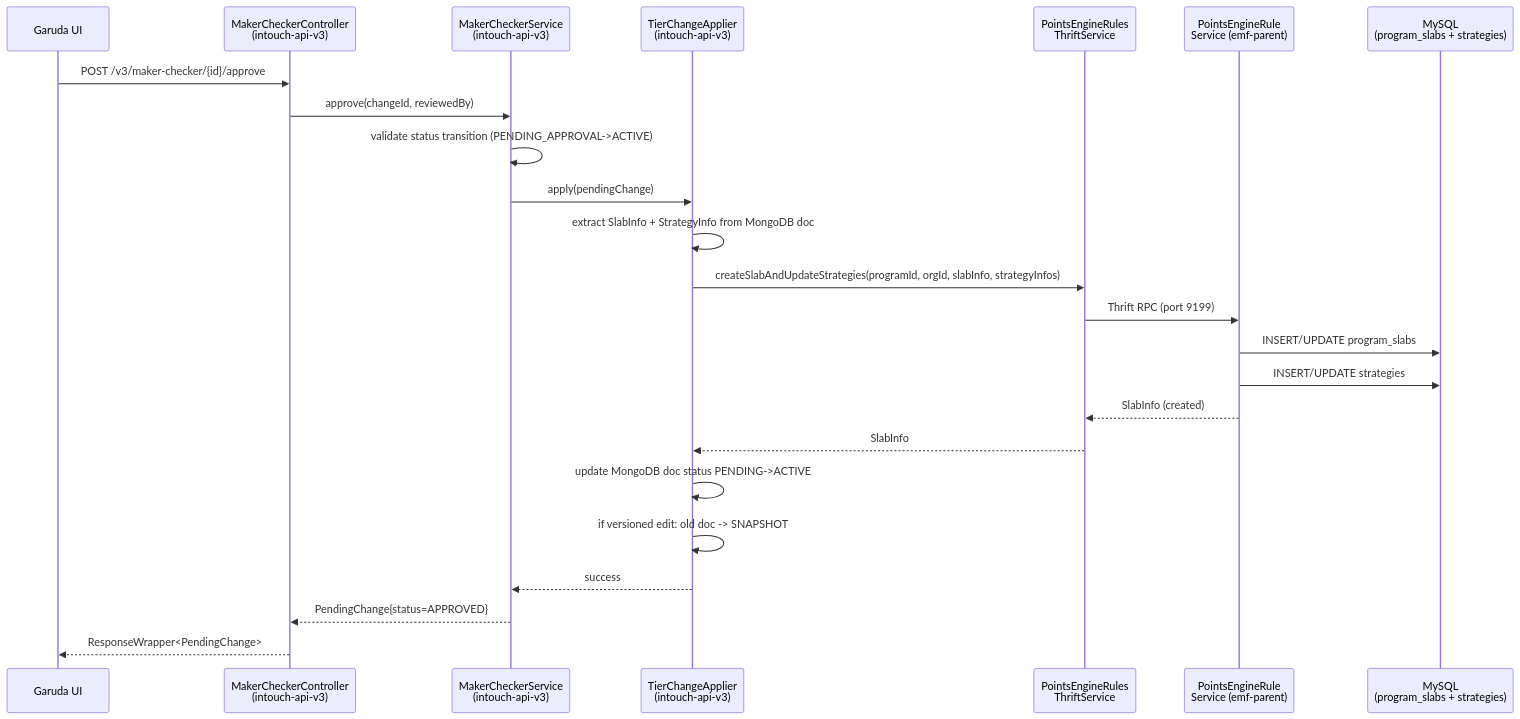
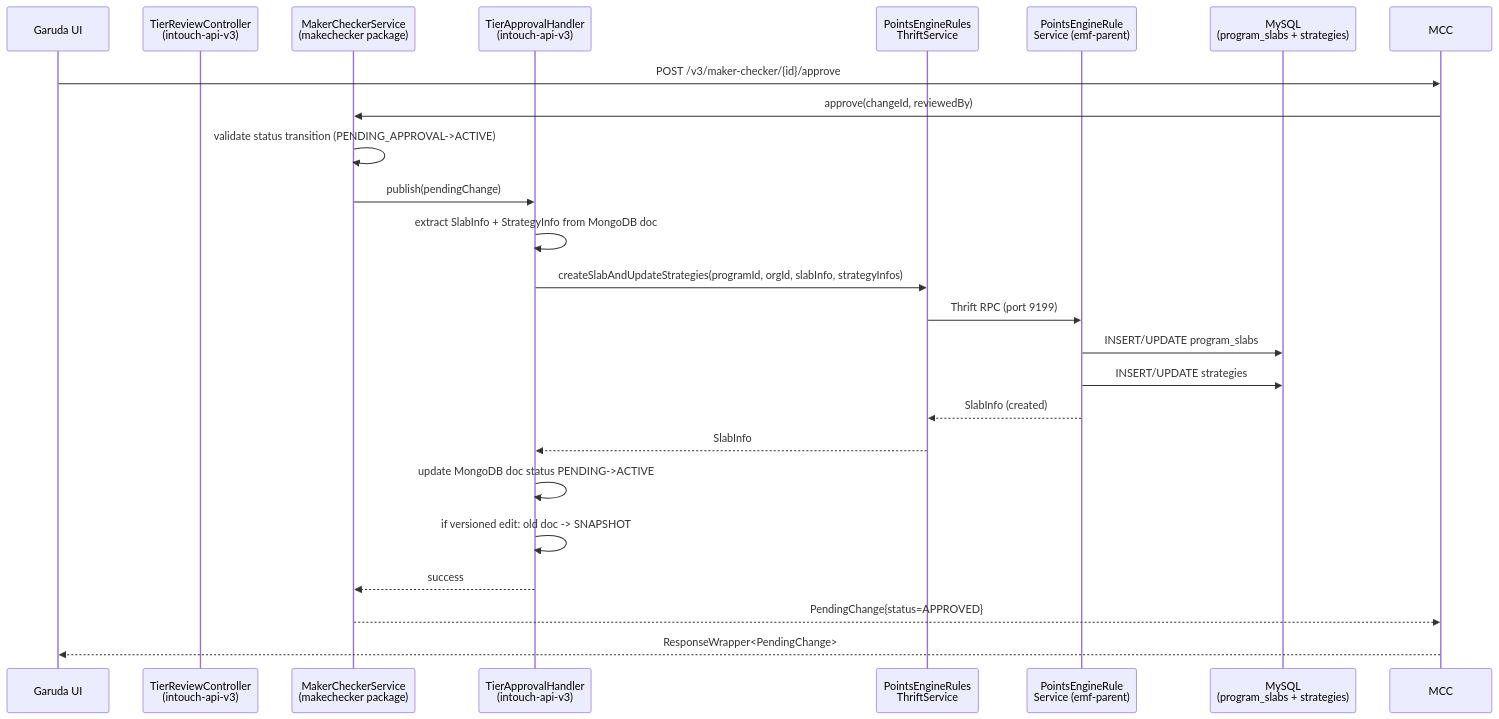
The second of 5 diagrams in docs/pipeline/tier/cross-repo-trace.md (BaljeetSinghCapillaryTech/kalpavriksha), drawn with Mermaid before and after one commit. The commit also changed other lines of this file and 24 other files, not shown here.

First line of the commit message:
raidlc/ai_tier: Update all pipeline artifacts for makerchecker→makechecker migration

````diff
--- a/docs/pipeline/tier/cross-repo-trace.md
+++ b/docs/pipeline/tier/cross-repo-trace.md
@@ -37,27 +37,27 @@
 ```mermaid
 sequenceDiagram
     participant UI as Garuda UI
-    participant MCC as MakerCheckerController<br/>(intouch-api-v3)
-    participant MCS as MakerCheckerService<br/>(intouch-api-v3)
-    participant TCA as TierChangeApplier<br/>(intouch-api-v3)
+    participant TRC as TierReviewController<br/>(intouch-api-v3)
+    participant MCS as MakerCheckerService<br/>(makechecker package)
+    participant TAH as TierApprovalHandler<br/>(intouch-api-v3)
     participant PERTS as PointsEngineRules<br/>ThriftService
     participant EMF as PointsEngineRule<br/>Service (emf-parent)
     participant DB as MySQL<br/>(program_slabs + strategies)
     
     UI->>MCC: POST /v3/maker-checker/{id}/approve
     MCC->>MCS: approve(changeId, reviewedBy)
     MCS->>MCS: validate status transition (PENDING_APPROVAL->ACTIVE)
-    MCS->>TCA: apply(pendingChange)
-    TCA->>TCA: extract SlabInfo + StrategyInfo from MongoDB doc
-    TCA->>PERTS: createSlabAndUpdateStrategies(programId, orgId, slabInfo, strategyInfos)
+    MCS->>TAH: publish(pendingChange)
+    TAH->>TAH: extract SlabInfo + StrategyInfo from MongoDB doc
+    TAH->>PERTS: createSlabAndUpdateStrategies(programId, orgId, slabInfo, strategyInfos)
     PERTS->>EMF: Thrift RPC (port 9199)
     EMF->>DB: INSERT/UPDATE program_slabs
     EMF->>DB: INSERT/UPDATE strategies
     EMF-->>PERTS: SlabInfo (created)
-    PERTS-->>TCA: SlabInfo
-    TCA->>TCA: update MongoDB doc status PENDING->ACTIVE
-    TCA->>TCA: if versioned edit: old doc -> SNAPSHOT
-    TCA-->>MCS: success
+    PERTS-->>TAH: SlabInfo
+    TAH->>TAH: update MongoDB doc status PENDING->ACTIVE
+    TAH->>TAH: if versioned edit: old doc -> SNAPSHOT
+    TAH-->>MCS: success
     MCS-->>MCC: PendingChange{status=APPROVED}
     MCC-->>UI: ResponseWrapper<PendingChange>
 ```
````
